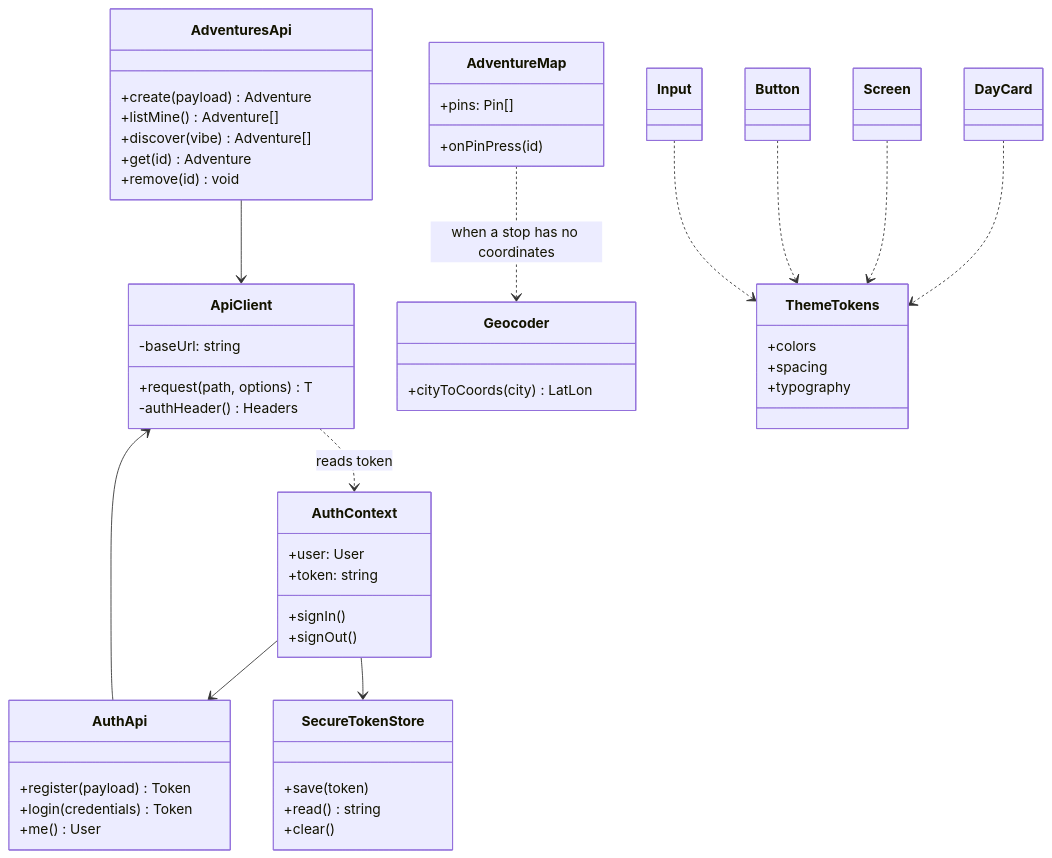
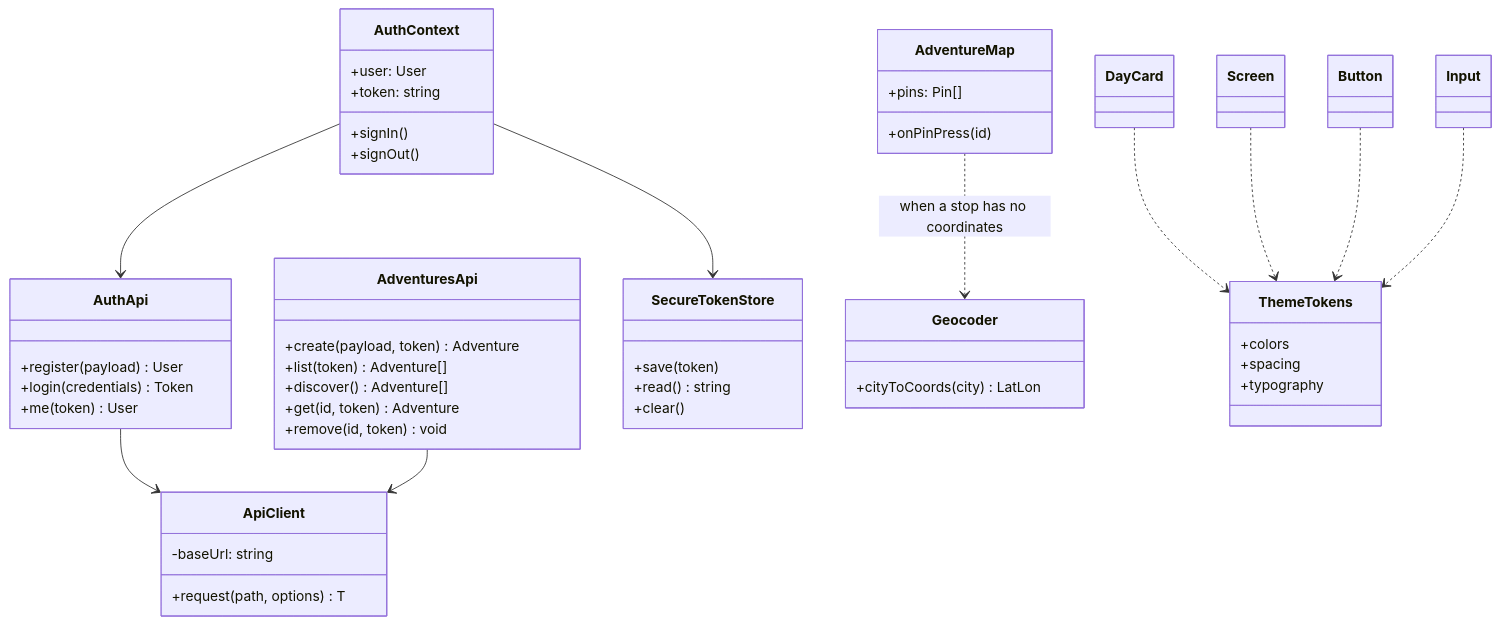
Before and after one commit to MoAbboud/PortFolio: the fourth of 7 diagrams in whereyago/requirements/03-architecture.md, drawn with Mermaid. The commit also changed other lines of this file and 18 other files, not shown here.

````diff
--- a/whereyago/requirements/03-architecture.md
+++ b/whereyago/requirements/03-architecture.md
@@ -229,60 +229,58 @@
 ```mermaid
 classDiagram
     direction TB
 
     class ApiClient {
         +request(path, options) T
         -baseUrl: string
-        -authHeader() Headers
     }
     class AuthApi {
-        +register(payload) Token
+        +register(payload) User
         +login(credentials) Token
-        +me() User
+        +me(token) User
     }
     class AdventuresApi {
-        +create(payload) Adventure
-        +listMine() Adventure[]
-        +discover(vibe) Adventure[]
-        +get(id) Adventure
-        +remove(id) void
+        +create(payload, token) Adventure
+        +list(token) Adventure[]
+        +discover() Adventure[]
+        +get(id, token) Adventure
+        +remove(id, token) void
     }
     class AuthContext {
         +user: User
         +token: string
         +signIn()
         +signOut()
     }
     class SecureTokenStore {
         +save(token)
         +read() string
         +clear()
     }
     class Geocoder {
         +cityToCoords(city) LatLon
     }
     class ThemeTokens {
         +colors
         +spacing
         +typography
     }
     class AdventureMap {
         +pins: Pin[]
         +onPinPress(id)
     }
     class DayCard
     class Screen
     class Button
     class Input
 
     AuthApi --> ApiClient
     AdventuresApi --> ApiClient
     AuthContext --> AuthApi
     AuthContext --> SecureTokenStore
-    ApiClient ..> AuthContext : reads token
     AdventureMap ..> Geocoder : when a stop has no coordinates
     DayCard ..> ThemeTokens
     Screen ..> ThemeTokens
     Button ..> ThemeTokens
     Input ..> ThemeTokens
 ```
````
